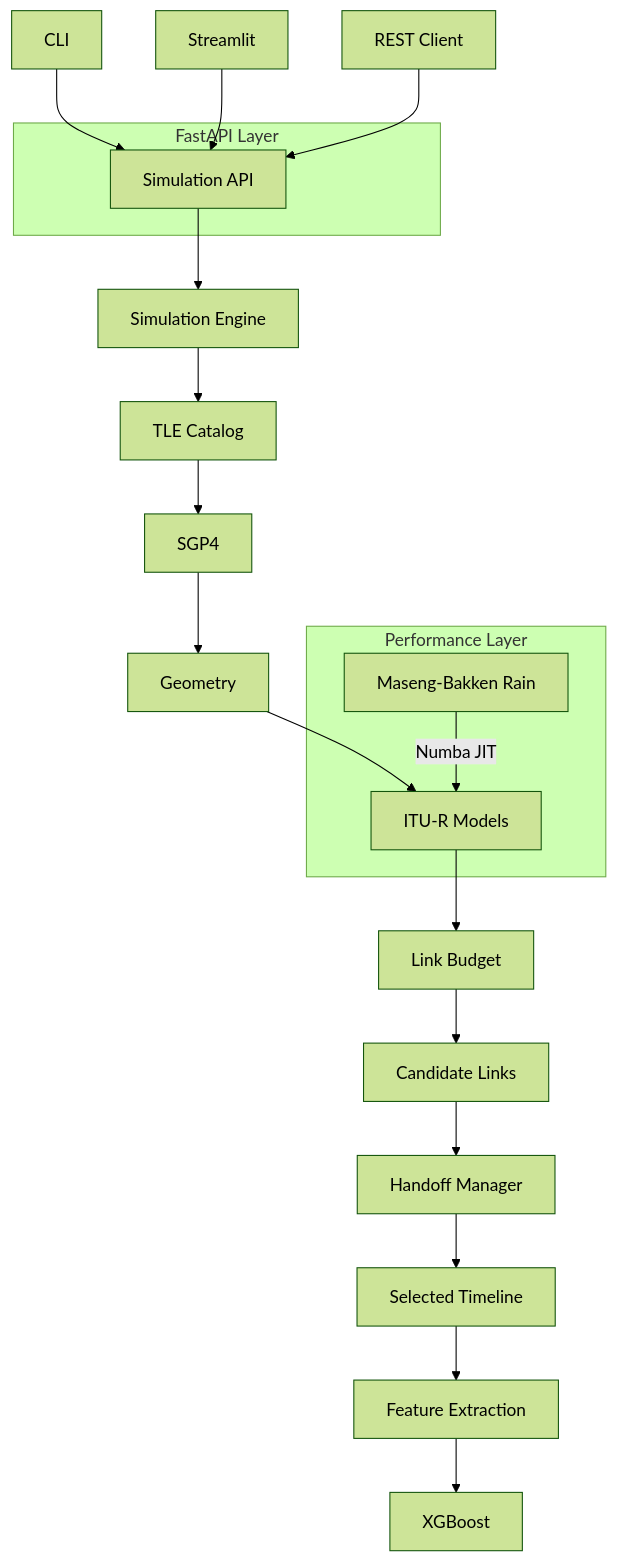
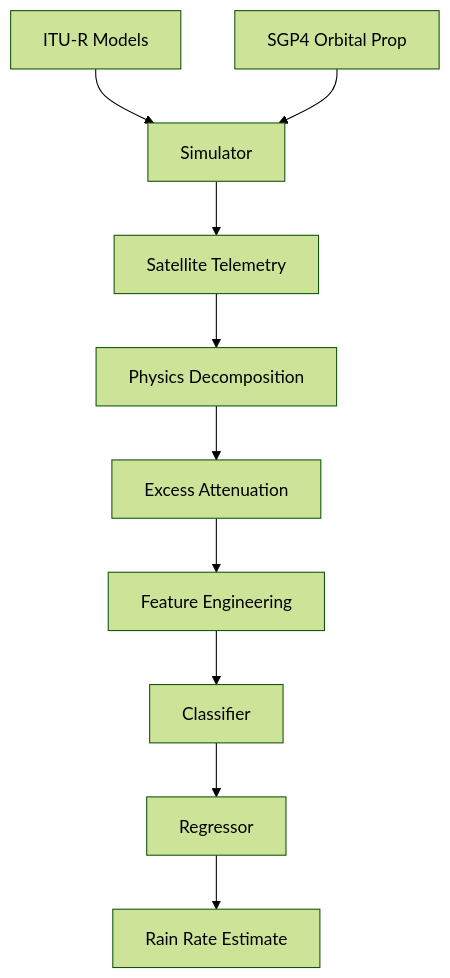
One commit to Satyanshgaur/RainCast changed the diagram in readme.md. Above: the diagram before and after it, drawn with Mermaid (forest theme). The commit also changed other lines of this file and 1 other file, not shown here.

````diff
--- a/readme.md
+++ b/readme.md
@@ -30,29 +89,13 @@
 ```mermaid
 graph TD
-    M[CLI] --> F
-    N[Streamlit] --> F
-    O[REST Client] --> F
+    Telemetry[Satellite Telemetry] --> Physics_Decomp[Physics Decomposition]
+    Physics_Decomp --> Excess_Attn[Excess Attenuation]
+    Excess_Attn --> Feature_Eng[Feature Engineering]
+    Feature_Eng --> Classifier[Classifier]
+    Classifier --> Regressor[Regressor]
+    Regressor --> Estimate[Rain Rate Estimate]
 
-    subgraph API [FastAPI Layer]
-        F[Simulation API]
-    end
-
-    F --> G[Simulation Engine]
-
-    G --> A[TLE Catalog]
-    A --> B[SGP4]
-    B --> C[Geometry]
-    C --> D[ITU-R Models]
-
-    subgraph Performance [Performance Layer]
-        R[Maseng-Bakken Rain]
-        R -- Numba JIT --> D
-    end
-
-    D --> E[Link Budget]
-    E --> H[Candidate Links]
-    H --> I[Handoff Manager]
-    I --> J[Selected Timeline]
-    J --> K[Feature Extraction]
-    K --> L[XGBoost]
+    Simulator[Simulator] --> Telemetry
+    ITU[ITU-R Models] --> Simulator
+    SGP4[SGP4 Orbital Prop] --> Simulator
 ```
````
